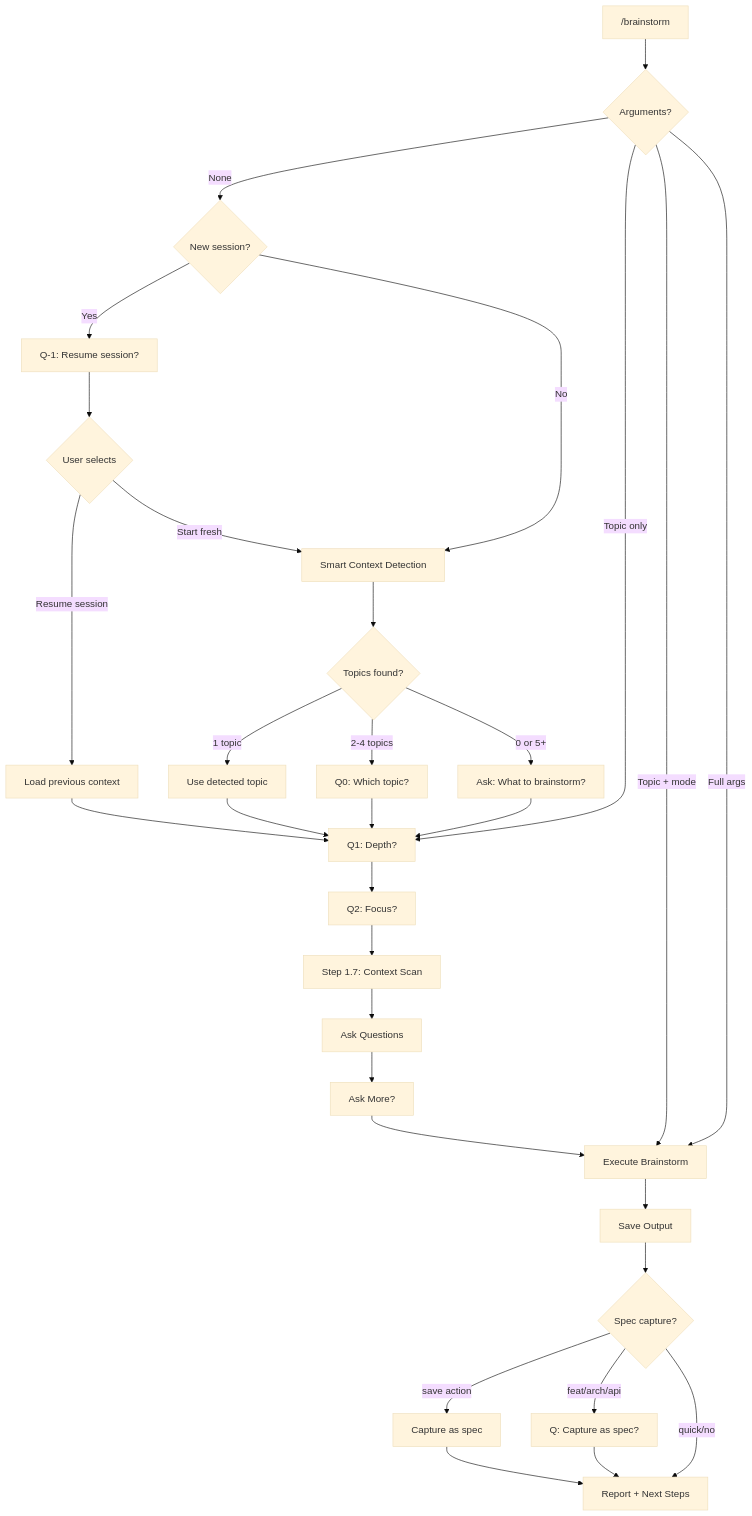
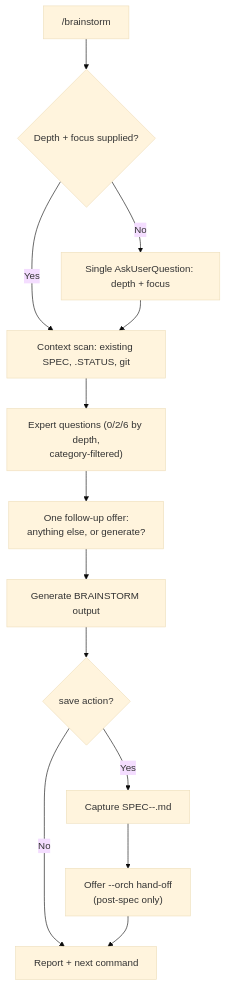
One commit to Data-Wise/craft changed the diagram in docs/reference/REFCARD-BRAINSTORM.md. Above: the diagram before and after it, drawn with Mermaid (base theme). The commit also changed other lines of this file and 3 other files, not shown here.

First line of the commit message:
docs: sync brainstorm tutorial/refcard + architecture + index to the v2.56.0 redesign

````diff
--- a/docs/reference/REFCARD-BRAINSTORM.md
+++ b/docs/reference/REFCARD-BRAINSTORM.md
@@ -59,40 +78,17 @@
 ```mermaid
 flowchart TD
-    Start["/brainstorm"] --> HasArgs{Arguments?}
+    Start["/brainstorm"] --> HasArgs{Depth + focus supplied?}
 
-    HasArgs -->|None| NewSession{New session?}
-    HasArgs -->|Topic only| DepthQ["Q1: Depth?"]
-    HasArgs -->|Topic + mode| Execute
-    HasArgs -->|Full args| Execute
+    HasArgs -->|No| DepthFocusQ["Single AskUserQuestion: depth + focus"]
+    HasArgs -->|Yes| ContextScan
 
-    NewSession -->|Yes| ResumeQ["Q-1: Resume session?"]
-    NewSession -->|No| SmartDetect["Smart Context Detection"]
-
-    ResumeQ --> ResumeChoice{User selects}
-    ResumeChoice -->|Resume session| LoadSession["Load previous context"]
-    ResumeChoice -->|Start fresh| SmartDetect
-
-    LoadSession --> DepthQ
-
-    SmartDetect --> HowMany{Topics found?}
-    HowMany -->|1 topic| AutoTopic["Use detected topic"]
-    HowMany -->|2-4 topics| TopicQ["Q0: Which topic?"]
-    HowMany -->|0 or 5+| AskTopic["Ask: What to brainstorm?"]
-
-    AutoTopic --> DepthQ
-    TopicQ --> DepthQ
-    AskTopic --> DepthQ
-
-    DepthQ --> FocusQ["Q2: Focus?"]
-    FocusQ --> ContextScan["Step 1.7: Context Scan"]
-    ContextScan --> Questions["Ask Questions"]
-    Questions --> AskMore["Ask More?"]
-    AskMore --> Execute["Execute Brainstorm"]
-    Execute --> Save["Save Output"]
-    Save --> SpecQ{Spec capture?}
-    SpecQ -->|save action| SpecCapture["Capture as spec"]
-    SpecQ -->|feat/arch/api| SpecPrompt["Q: Capture as spec?"]
-    SpecQ -->|quick/no| Done["Report + Next Steps"]
-    SpecPrompt --> Done
-    SpecCapture --> Done
+    DepthFocusQ --> ContextScan["Context scan: existing SPEC, .STATUS, git"]
+    ContextScan --> Questions["Expert questions (0/2/6 by depth,\ncategory-filtered)"]
+    Questions --> FollowUp["One follow-up offer:\nanything else, or generate?"]
+    FollowUp --> Generate["Generate BRAINSTORM output"]
+    Generate --> SpecQ{save action?}
+    SpecQ -->|Yes| SpecCapture["Capture SPEC-<topic>-<date>.md"]
+    SpecQ -->|No| Done["Report + next command"]
+    SpecCapture --> OrchOffer["Offer --orch hand-off\n(post-spec only)"]
+    OrchOffer --> Done
 ```
````
